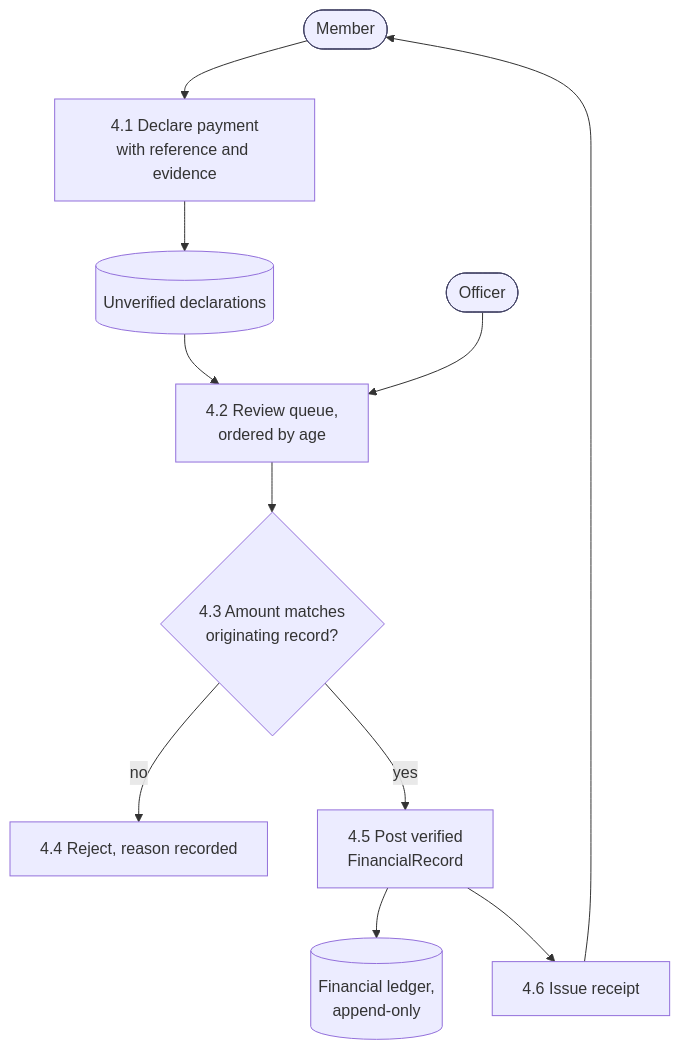
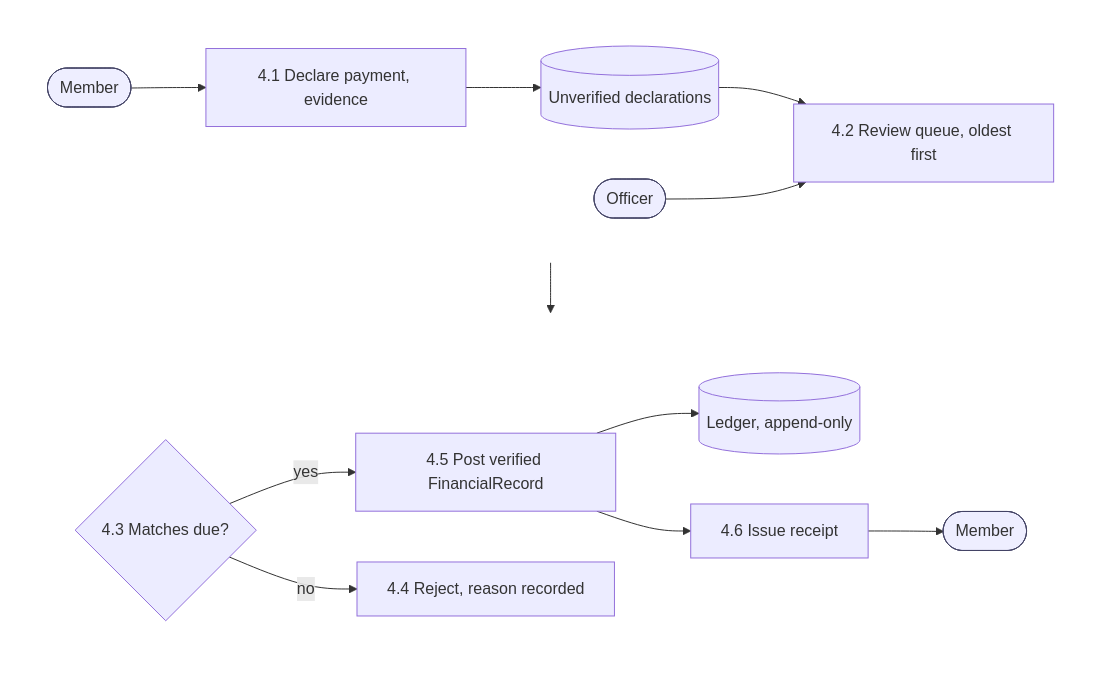
Before and after one commit to shalin-rahman/GHCAA: the third of 19 diagrams in docs/book/05-system-analysis.md, drawn with Mermaid. The commit also changed other lines of this file and 42 other files, not shown here.

````diff
--- a/docs/book/05-system-analysis.md
+++ b/docs/book/05-system-analysis.md
@@ -276,14 +272,18 @@
 ```mermaid
 flowchart TB
-    M([Member]):::ext --> P41[4.1 Declare payment<br/>with reference and evidence]
-    P41 --> D21[(Unverified declarations)]
-    D21 --> P42[4.2 Review queue,<br/>ordered by age]
-    A([Officer]):::ext --> P42
-    P42 --> P43{4.3 Amount matches<br/>originating record?}
-    P43 -->|no| P44[4.4 Reject, reason recorded]
-    P43 -->|yes| P45[4.5 Post verified<br/>FinancialRecord]
-    P45 --> D22[(Financial ledger,<br/>append-only)]
-    P45 --> P46[4.6 Issue receipt]
-    P46 --> M
+    subgraph R1[" "]
+      direction LR
+      M([Member]):::ext --> P41[4.1 Declare payment, evidence] --> D21[(Unverified declarations)] --> P42[4.2 Review queue, oldest first]
+      A([Officer]):::ext --> P42
+    end
+    subgraph R2[" "]
+      direction LR
+      P43{4.3 Matches due?} -->|yes| P45[4.5 Post verified FinancialRecord] --> D22[(Ledger, append-only)]
+      P45 --> P46[4.6 Issue receipt] --> M2([Member]):::ext
+      P43 -->|no| P44[4.4 Reject, reason recorded]
+    end
+    R1 --> R2
+    style R1 fill:none,stroke:none
+    style R2 fill:none,stroke:none
     classDef ext fill:#eef,stroke:#446
 ```
````
